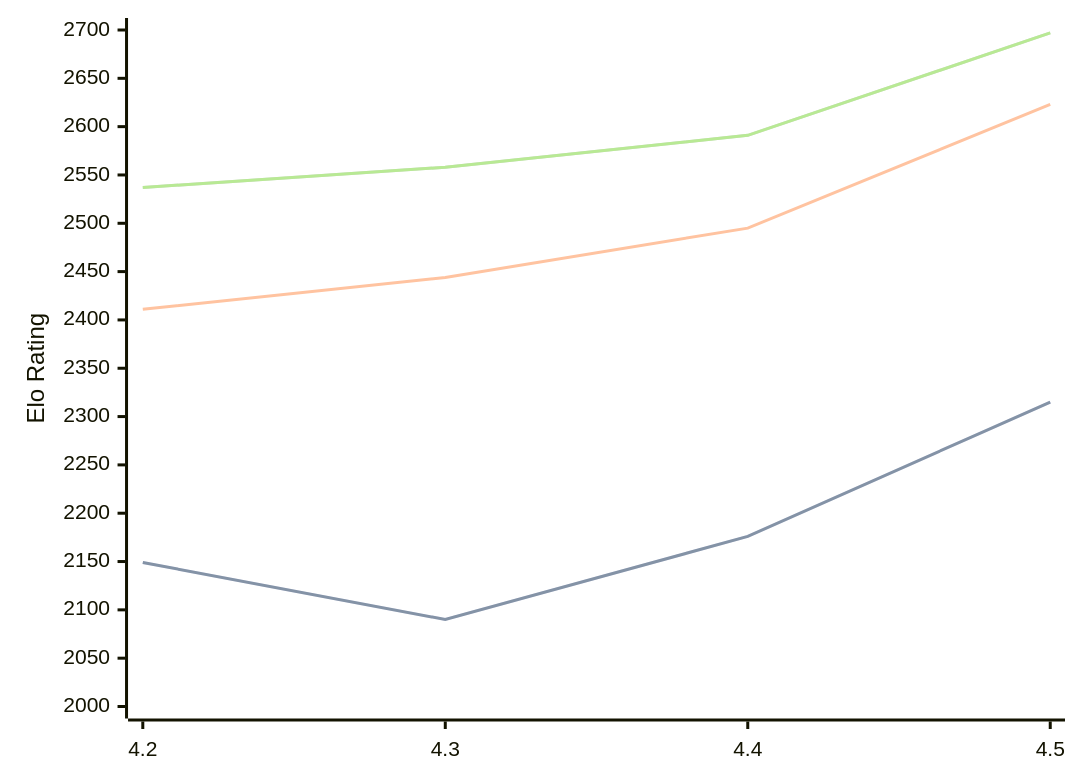
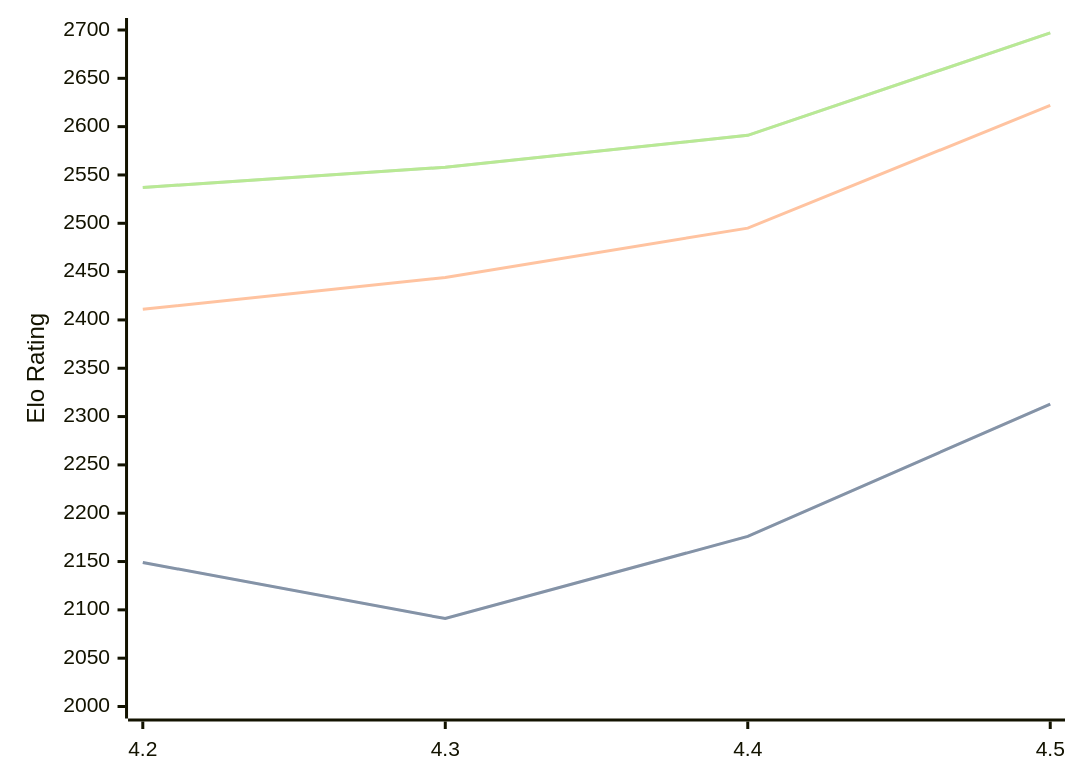
Before and after one commit to computer-chess-index/cci: the diagram in engines/Eubos.md, drawn with Mermaid. The commit also changed other lines of this file, not shown here.

````diff
--- a/engines/Eubos.md
+++ b/engines/Eubos.md
@@ -90,11 +90,11 @@
 ```mermaid
 %%{init: {"theme":"base","themeVariables":{"seriesColors:['#a3a3a3','#222221','#faa371']}}}%%
 xychart-beta
   x-axis ["4.2", "4.3", "4.4", "4.5"]
   y-axis "Elo Rating" 2000 --> 2700
-  line "STC (8.0+0.08s)" [2149, 2090, 2176, 2315]
-  line "STC (8.0+0.08s)" [2149, 2090, 2176, 2315]
-  line "LTC (60.0+0.60s)" [2411, 2444, 2495, 2623]
+  line "STC (8.0+0.08s)" [2149, 2091, 2176, 2313]
+  line "STC (8.0+0.08s)" [2149, 2091, 2176, 2313]
+  line "LTC (60.0+0.60s)" [2411, 2444, 2495, 2622]
   line "VLTC (2m24s+1.12s)" [2537, 2558, 2591, 2697]
   line "VLTC (2m24s+1.12s)" [2537, 2558, 2591, 2697]
 ```
````
